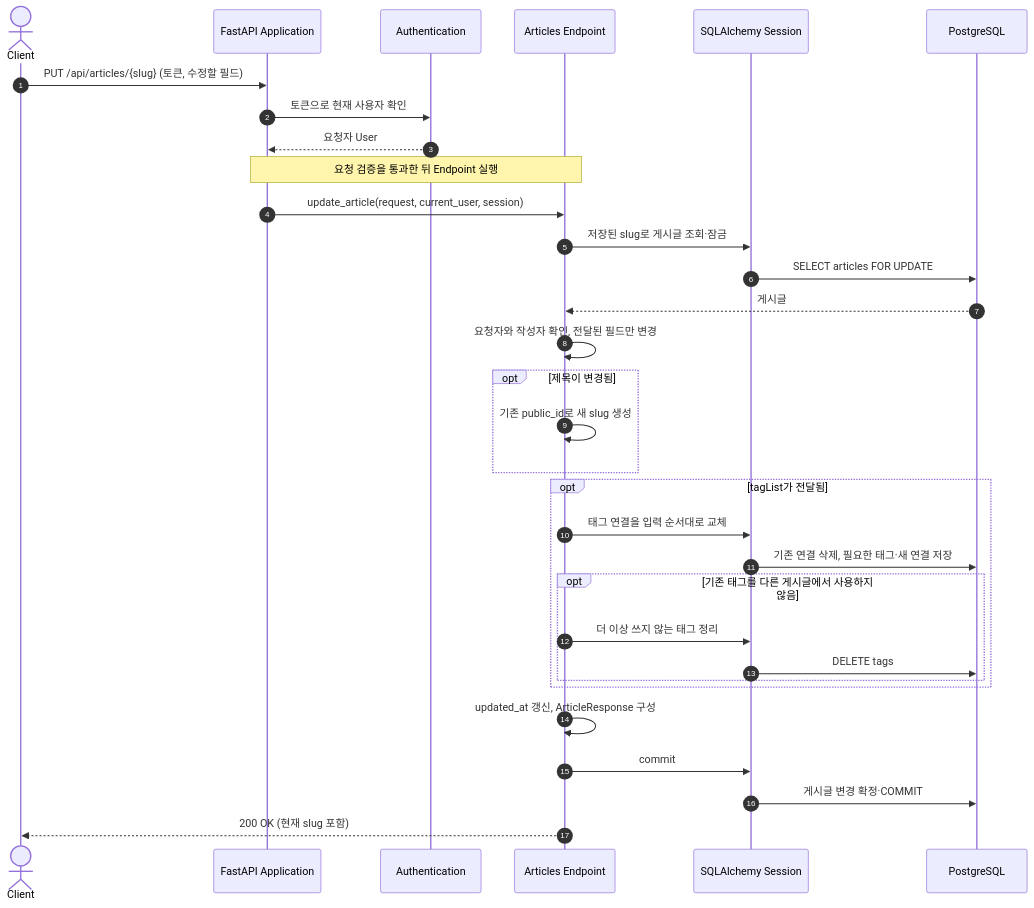
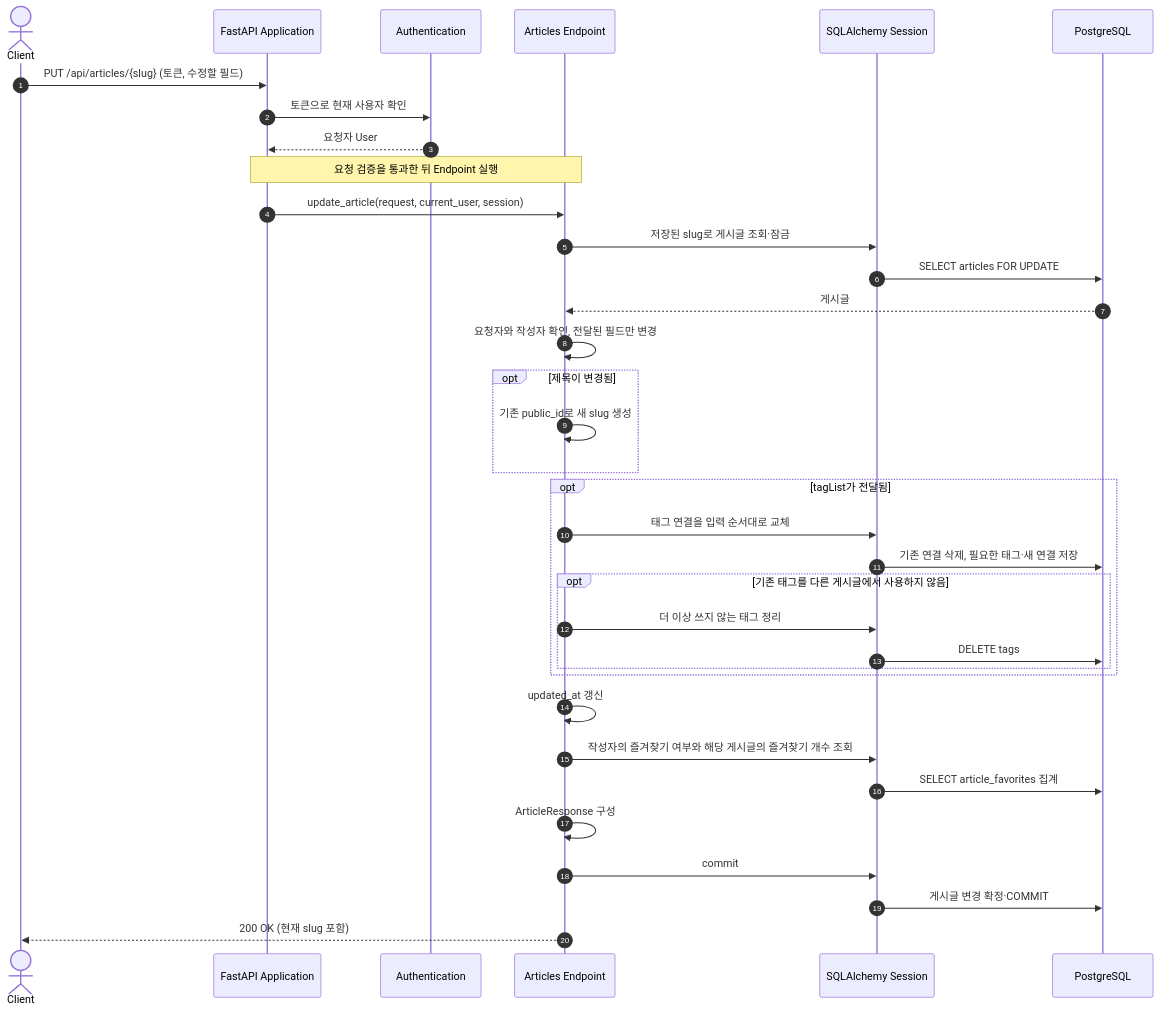
One commit to chahoseong/realworld-fastapi-backend changed the first of 2 diagrams in docs/architecture/flows/article-update-and-deletion.md. Above: the diagram before and after it, drawn with Mermaid. The commit also changed other lines of this file and 2 other files, not shown here.

Commit message:
feat: Update article response to include favorite status and count; enhance documentation and tests for article update and deletion flows

````diff
--- a/docs/architecture/flows/article-update-and-deletion.md
+++ b/docs/architecture/flows/article-update-and-deletion.md
@@ -20,35 +21,38 @@
 ```mermaid
 sequenceDiagram
     autonumber
     actor Client
     participant App as FastAPI Application
     participant Auth as Authentication
     participant Endpoint as Articles Endpoint
     participant Session as SQLAlchemy Session
     participant DB as PostgreSQL
 
     Client->>App: PUT /api/articles/{slug} (토큰, 수정할 필드)
     App->>Auth: 토큰으로 현재 사용자 확인
     Auth-->>App: 요청자 User
     Note over App,Endpoint: 요청 검증을 통과한 뒤 Endpoint 실행
     App->>Endpoint: update_article(request, current_user, session)
     Endpoint->>Session: 저장된 slug로 게시글 조회·잠금
     Session->>DB: SELECT articles FOR UPDATE
     DB-->>Endpoint: 게시글
     Endpoint->>Endpoint: 요청자와 작성자 확인, 전달된 필드만 변경
     opt 제목이 변경됨
         Endpoint->>Endpoint: 기존 public_id로 새 slug 생성
     end
     opt tagList가 전달됨
         Endpoint->>Session: 태그 연결을 입력 순서대로 교체
         Session->>DB: 기존 연결 삭제, 필요한 태그·새 연결 저장
         opt 기존 태그를 다른 게시글에서 사용하지 않음
             Endpoint->>Session: 더 이상 쓰지 않는 태그 정리
             Session->>DB: DELETE tags
         end
     end
-    Endpoint->>Endpoint: updated_at 갱신, ArticleResponse 구성
+    Endpoint->>Endpoint: updated_at 갱신
+    Endpoint->>Session: 작성자의 즐겨찾기 여부와 해당 게시글의 즐겨찾기 개수 조회
+    Session->>DB: SELECT article_favorites 집계
+    Endpoint->>Endpoint: ArticleResponse 구성
     Endpoint->>Session: commit
     Session->>DB: 게시글 변경 확정·COMMIT
     Endpoint-->>Client: 200 OK (현재 slug 포함)
 ```
````
